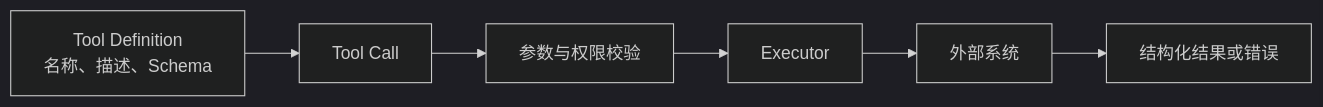
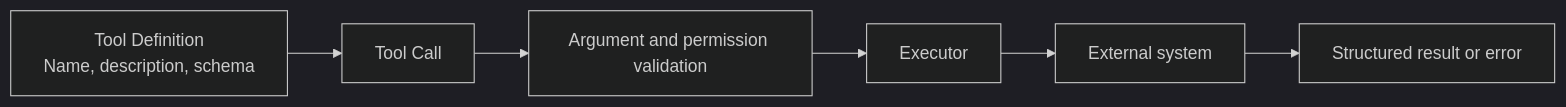
The second of 15 diagrams in docs/agent/01-foundations/03-agentic-building-blocks.md (oneleaveknowsthefall/awesome-ai-roadmap), drawn with Mermaid (dark theme) before and after one commit. The commit also changed other lines of this file and 68 other files, not shown here.

````diff
--- a/docs/agent/01-foundations/03-agentic-building-blocks.md
+++ b/docs/agent/01-foundations/03-agentic-building-blocks.md
@@ -94,8 +94,8 @@
 ```mermaid
 flowchart LR
-    TD[Tool Definition<br/>名称、描述、Schema] --> TC[Tool Call]
-    TC --> V[参数与权限校验]
+    TD[Tool Definition<br/>Name, description, schema] --> TC[Tool Call]
+    TC --> V[Argument and permission validation]
     V --> EX[Executor]
-    EX --> SYS[外部系统]
-    SYS --> RES[结构化结果或错误]
+    EX --> SYS[External system]
+    SYS --> RES[Structured result or error]
 ```
````
